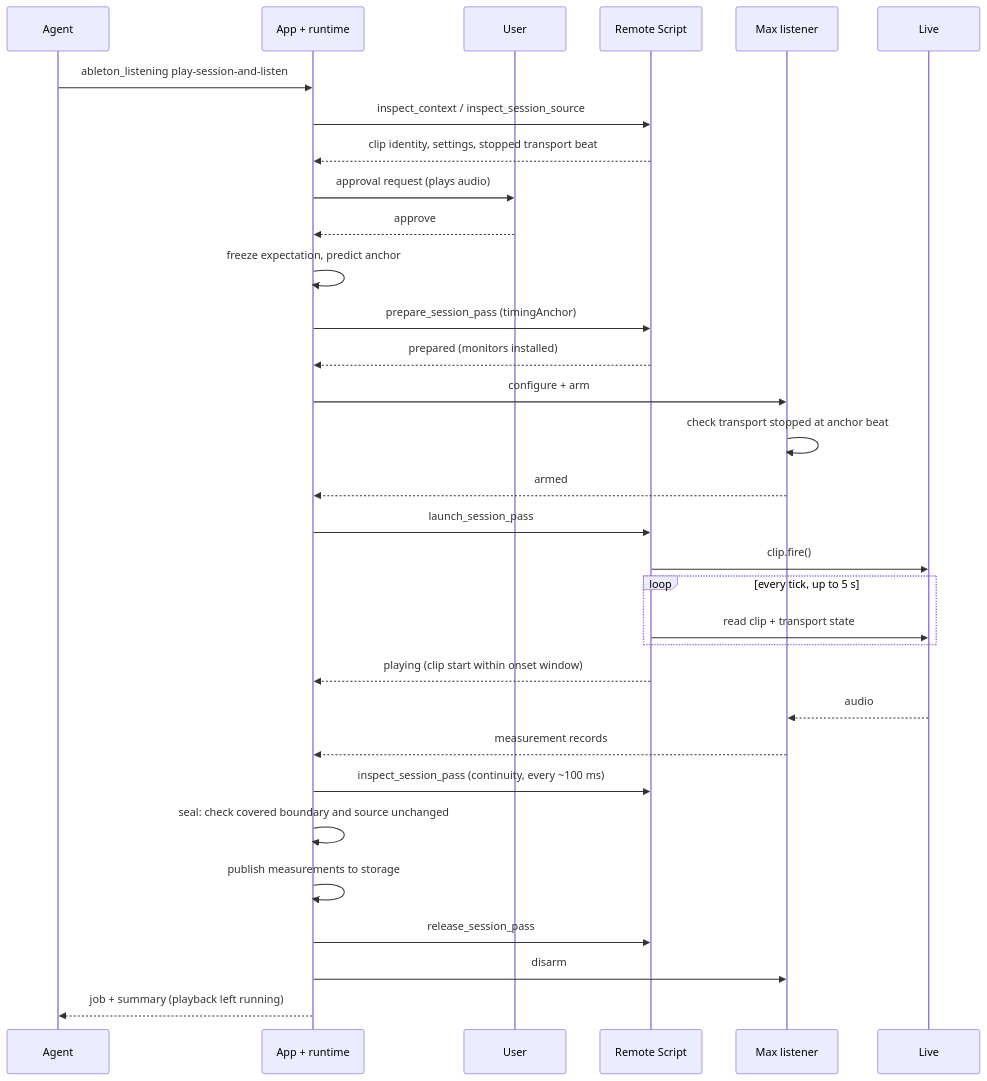
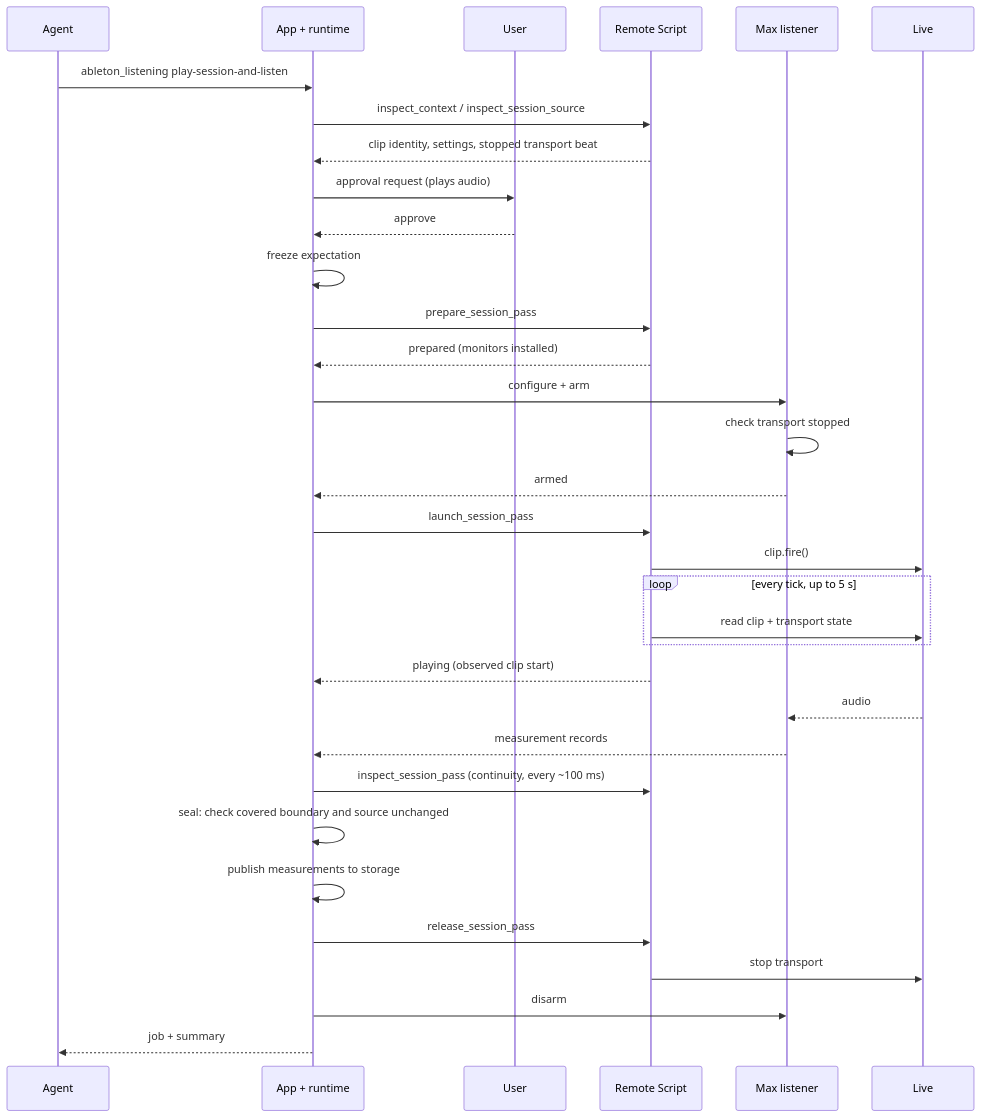
The second of 2 diagrams in docs/listening.md (CooperNederhood/Ableton-Agent-App), drawn with Mermaid before and after one commit. The commit also changed other lines of this file and 65 other files, not shown here.

First line of the commit message:
Session listening: observe Live's start instead of predicting it

````diff
--- a/docs/listening.md
+++ b/docs/listening.md
@@ -119,35 +118,36 @@
 ```mermaid
 sequenceDiagram
     participant A as Agent
     participant App as App + runtime
     participant U as User
     participant RS as Remote Script
     participant M as Max listener
     participant L as Live
 
     A->>App: ableton_listening play-session-and-listen
     App->>RS: inspect_context / inspect_session_source
     RS-->>App: clip identity, settings, stopped transport beat
     App->>U: approval request (plays audio)
     U-->>App: approve
-    App->>App: freeze expectation, predict anchor
-    App->>RS: prepare_session_pass (timingAnchor)
+    App->>App: freeze expectation
+    App->>RS: prepare_session_pass
     RS-->>App: prepared (monitors installed)
     App->>M: configure + arm
-    M->>M: check transport stopped at anchor beat
+    M->>M: check transport stopped
     M-->>App: armed
     App->>RS: launch_session_pass
     RS->>L: clip.fire()
     loop every tick, up to 5 s
         RS->>L: read clip + transport state
     end
-    RS-->>App: playing (clip start within onset window)
+    RS-->>App: playing (observed clip start)
     L-->>M: audio
     M-->>App: measurement records
     App->>RS: inspect_session_pass (continuity, every ~100 ms)
     App->>App: seal: check covered boundary and source unchanged
     App->>App: publish measurements to storage
     App->>RS: release_session_pass
+    RS->>L: stop transport
     App->>M: disarm
-    App-->>A: job + summary (playback left running)
+    App-->>A: job + summary
 ```
````
